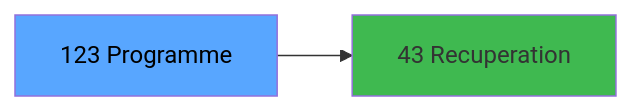
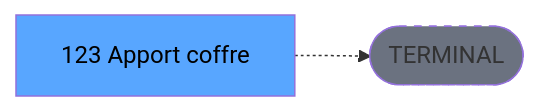
The third of 3 diagrams in .openspec/specs/ADH-IDE-123.md (thonyAGP/lecteur-magic), drawn with Mermaid before and after one commit. The commit also changed other lines of this file and 701 other files, not shown here.

````diff
--- a/.openspec/specs/ADH-IDE-123.md
+++ b/.openspec/specs/ADH-IDE-123.md
@@ -151,8 +138,8 @@
 ```mermaid
 graph LR
-    T[123 Programme]
-    C43[43 Recuperation]
-    T --> C43
+    T[123 Apport coffre]
+    TERM([TERMINAL])
+    T -.-> TERM
+    style TERM fill:#6b7280,stroke-dasharray: 5 5
     style T fill:#58a6ff,color:#000
-    style C43 fill:#3fb950
 ```
````
